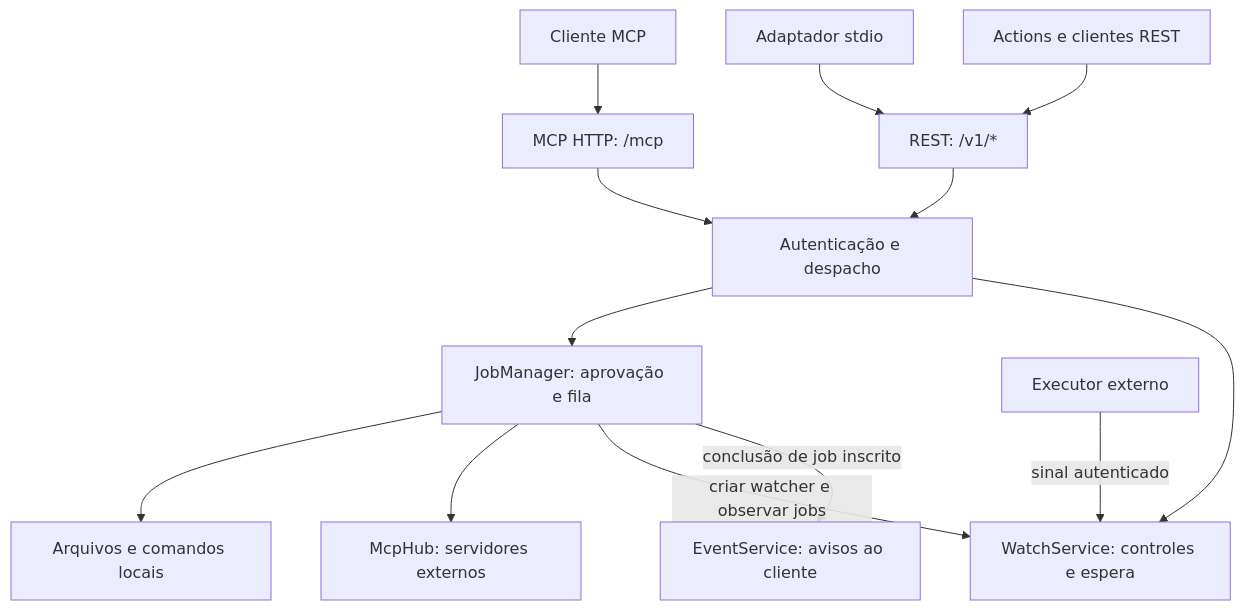
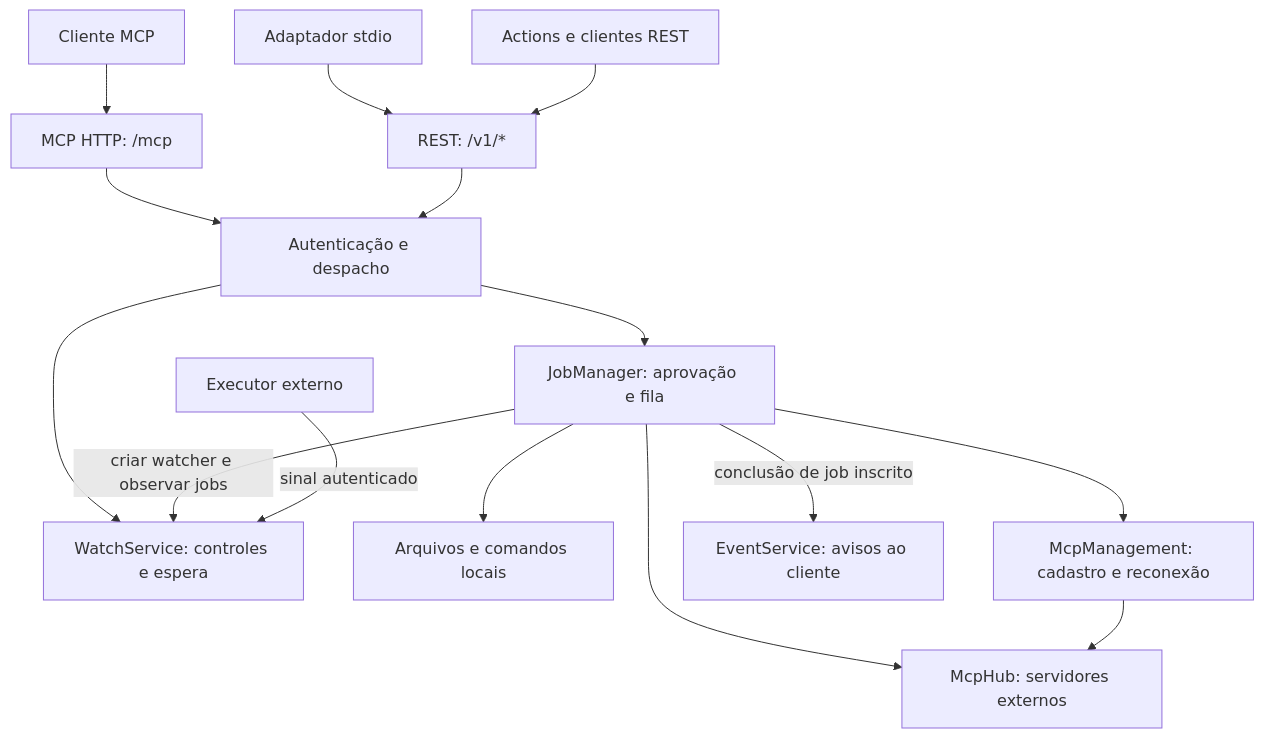
Before and after one commit to V1yn1/ponte-mcp: the diagram in docs/ARQUITETURA.md, drawn with Mermaid. The commit also changed other lines of this file and 33 other files, not shown here.

````diff
--- a/docs/ARQUITETURA.md
+++ b/docs/ARQUITETURA.md
@@ -9,15 +9,17 @@
 ```mermaid
 flowchart TD
     Cliente["Cliente MCP"] --> MCP["MCP HTTP: /mcp"]
     Stdio["Adaptador stdio"] --> REST["REST: /v1/*"]
     Actions["Actions e clientes REST"] --> REST
     MCP --> Entrada["Autenticação e despacho"]
     REST --> Entrada
     Entrada --> Jobs["JobManager: aprovação e fila"]
     Entrada --> Watch["WatchService: controles e espera"]
     Jobs --> Local["Arquivos e comandos locais"]
     Jobs --> Hub["McpHub: servidores externos"]
+    Jobs --> Management["McpManagement: cadastro e reconexão"]
+    Management --> Hub
     Jobs -->|"criar watcher e observar jobs"| Watch
     Executor["Executor externo"] -->|"sinal autenticado"| Watch
     Jobs -->|"conclusão de job inscrito"| Events["EventService: avisos ao cliente"]
 ```
````
